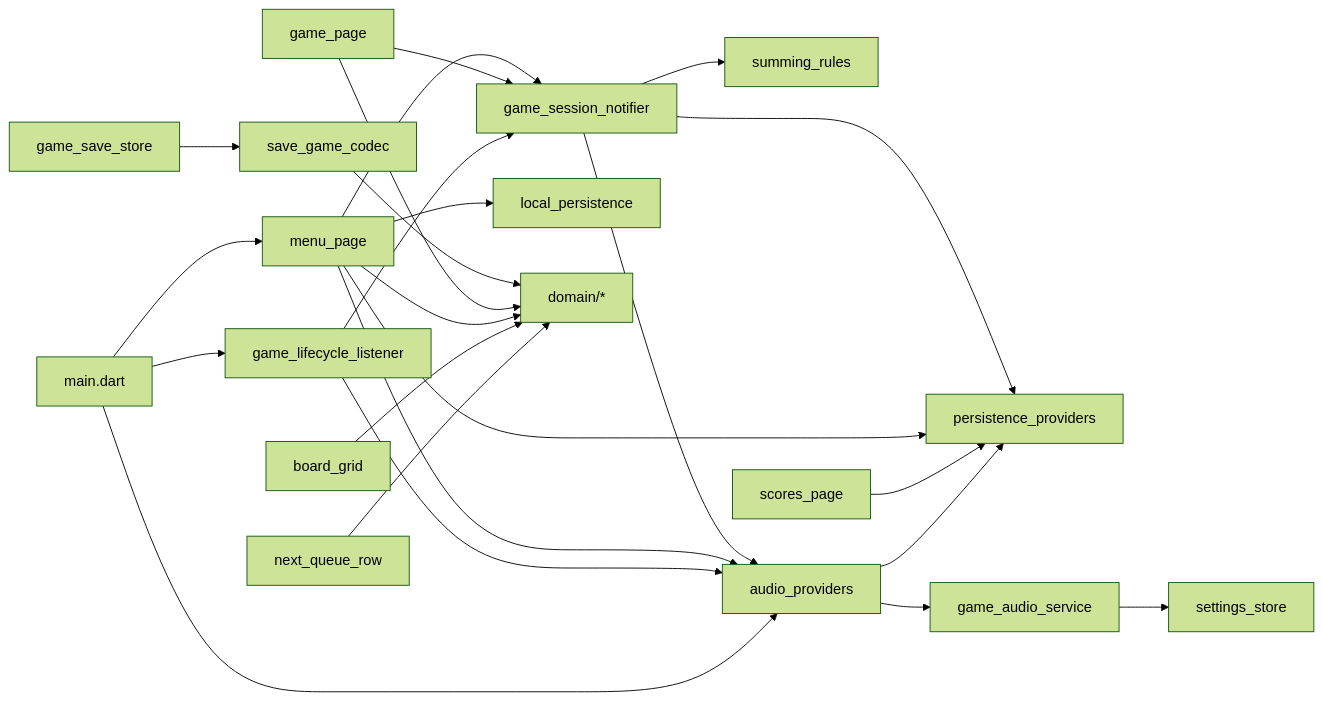
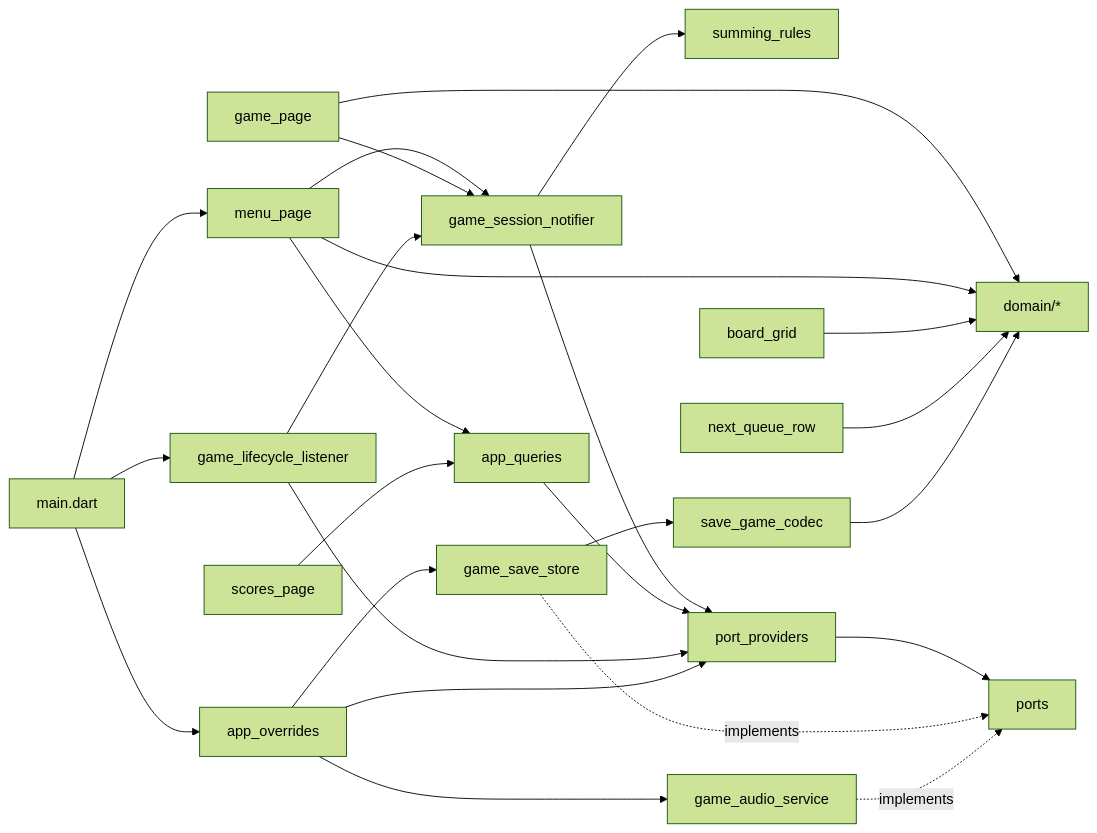
Before and after one commit to wall72/summing-flutter: the diagram in .moai/project/codemaps/dependencies.md, drawn with Mermaid (forest theme). The commit also changed other lines of this file and 9 other files, not shown here.

````diff
--- a/.moai/project/codemaps/dependencies.md
+++ b/.moai/project/codemaps/dependencies.md
@@ -12,26 +12,27 @@
 ```mermaid
 flowchart LR
   GSN[game_session_notifier] --> Rules[summing_rules]
-  GSN --> AP[audio_providers]
-  GSN --> PP[persistence_providers]
+  GSN --> PP[port_providers]
+  PP --> Ports[ports]
+  AQ[app_queries] --> PP
   Menu[menu_page] --> GSN
-  Menu --> AP
-  Menu --> PP
-  Menu --> LP[local_persistence]
+  Menu --> AQ
   Game[game_page] --> GSN
-  Scores[scores_page] --> PP
+  Scores[scores_page] --> AQ
   Life[game_lifecycle_listener] --> GSN
-  Life --> AP
-  Codec[save_game_codec] --> Domain[domain/*]
-  Game --> Domain
+  Life --> PP
+  Game --> Domain[domain/*]
   Menu --> Domain
   Board[board_grid] --> Domain
   NQ[next_queue_row] --> Domain
-  AP --> PP
-  GAS[game_audio_service] --> SS[settings_store]
-  AP --> GAS
+  Codec[save_game_codec] --> Domain
   GSS[game_save_store] --> Codec
-  Main[main.dart] --> AP
+  GSS -.implements.-> Ports
+  GAS[game_audio_service] -.implements.-> Ports
+  Over[app_overrides] --> PP
+  Over --> GSS
+  Over --> GAS
+  Main[main.dart] --> Over
   Main --> Life
   Main --> Menu
 ```
````
